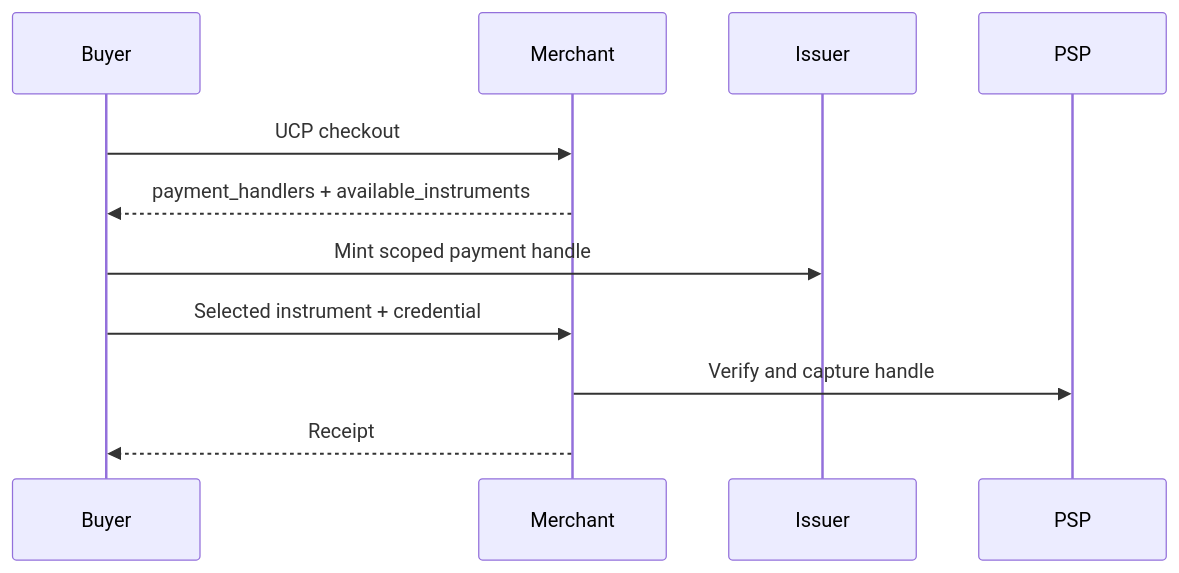
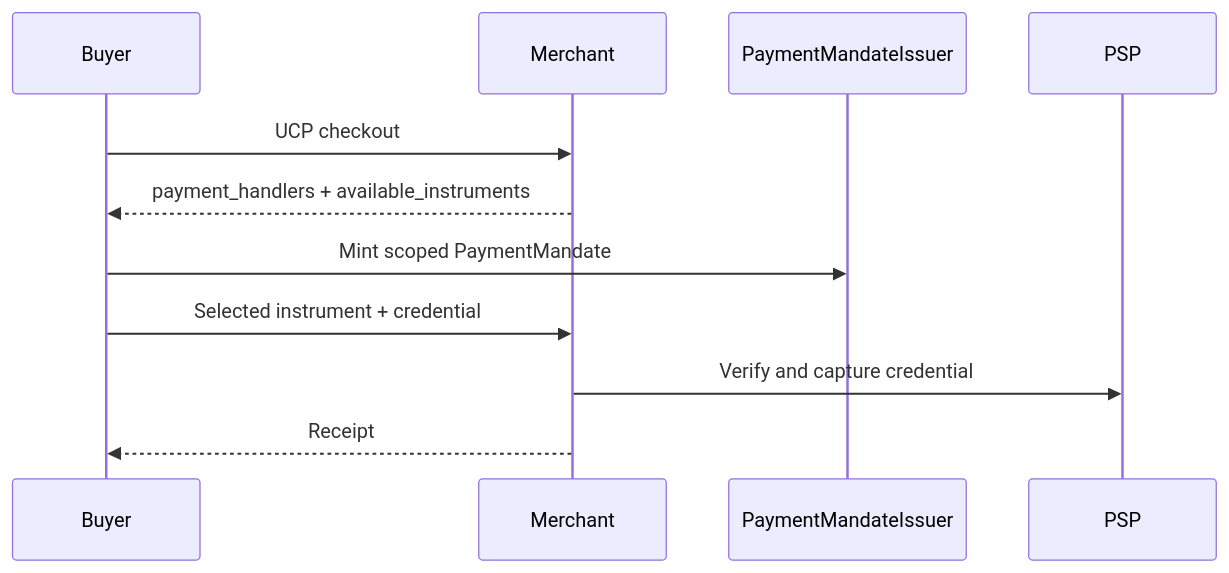
One commit to steelyard-dev/steelyard-sdk changed the diagram in README.md. Above: the diagram before and after it, drawn with Mermaid. The commit also changed other lines of this file and 97 other files, not shown here.

Commit message:
refactor: standardize payment mandate naming

````diff
--- a/README.md
+++ b/README.md
@@ -96,9 +101,9 @@
 ```mermaid
 sequenceDiagram
   Buyer->>Merchant: UCP checkout
   Merchant-->>Buyer: payment_handlers + available_instruments
-  Buyer->>Issuer: Mint scoped payment handle
+  Buyer->>PaymentMandateIssuer: Mint scoped PaymentMandate
   Buyer->>Merchant: Selected instrument + credential
-  Merchant->>PSP: Verify and capture handle
+  Merchant->>PSP: Verify and capture credential
   Merchant-->>Buyer: Receipt
 ```
````
